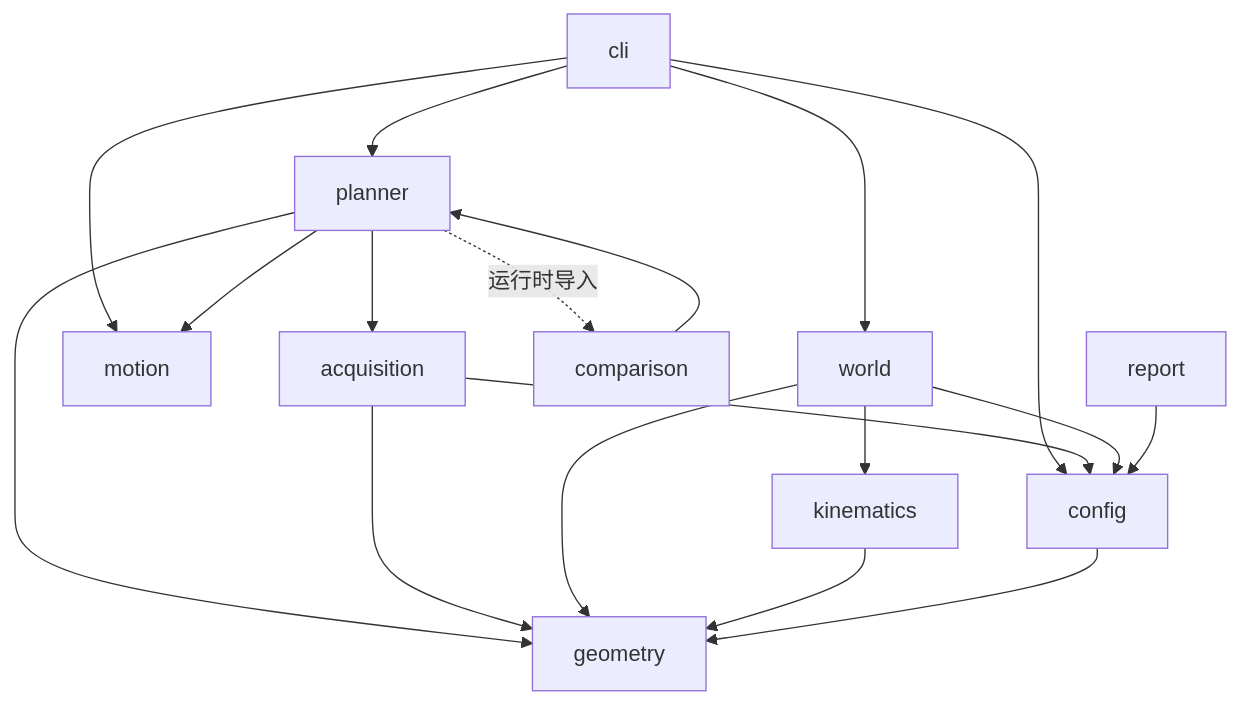
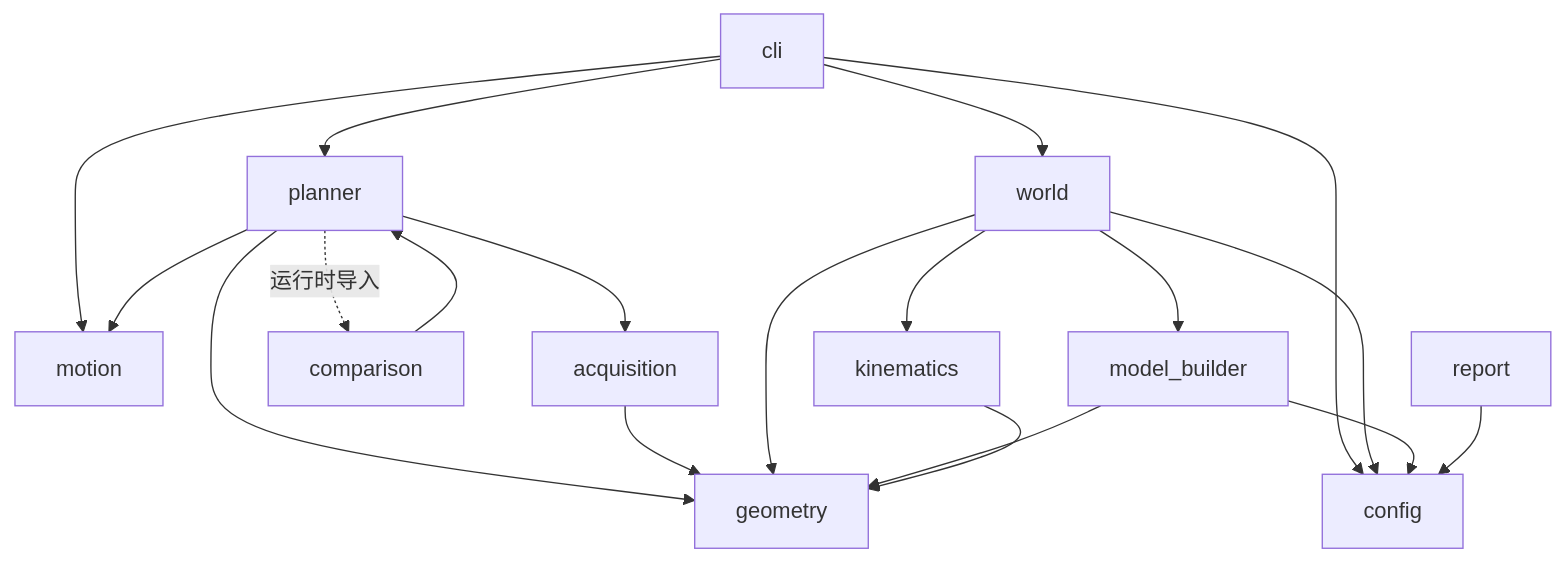
One commit to weimin77/viewpoint_sim changed the first of 2 diagrams in docs/simulation_architecture.md. Above: the diagram before and after it, drawn with Mermaid. The commit also changed other lines of this file and 278 other files, not shown here.

````diff
--- a/docs/simulation_architecture.md
+++ b/docs/simulation_architecture.md
@@ -47,23 +52,22 @@
 ```mermaid
 graph TD
     cli[cli] --> config[config]
     cli --> world[world]
+    cli --> planner[planner]
     cli --> motion[motion]
-    cli --> planner[planner]
 
     planner --> acquisition[acquisition]
     planner --> geometry[geometry]
     planner --> motion
-    planner -.运行时导入.-> comparison[comparison]
-    comparison --> planner
+    planner -.运行时导入.-> comparison[comparison] --> planner
 
     acquisition --> geometry
-    acquisition --> config
-
     world --> config
+    world --> kinematics[kinematics]
+    world --> model_builder[model_builder]
     world --> geometry
-    world --> kinematics[kinematics]
+    model_builder --> config
+    model_builder --> geometry
     kinematics --> geometry
-    config --> geometry
     report[report] --> config
 ```
````
